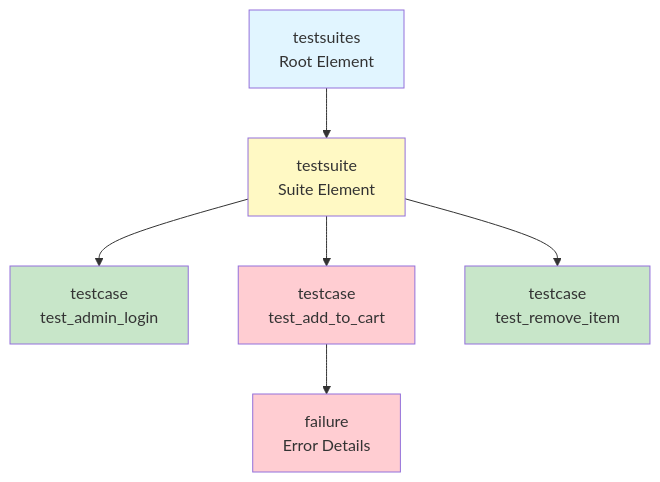
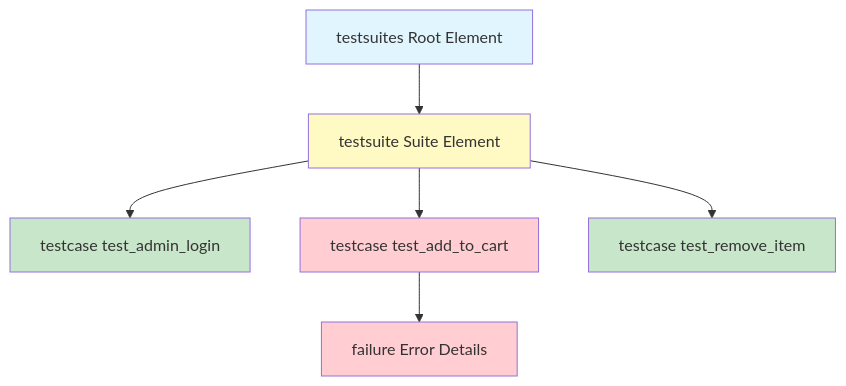
One commit to softwarewrighter/ui-test-rs changed the eighth of 14 diagrams in wiki/Reporter.md. Above: the diagram before and after it, drawn with Mermaid. The commit also changed other lines of this file and 10 other files, not shown here.

First line of the commit message:
Fix wiki Mermaid diagrams: remove <br/> tags

````diff
--- a/wiki/Reporter.md
+++ b/wiki/Reporter.md
@@ -380,25 +380,25 @@
 ```mermaid
 graph TB
-    TestSuites[testsuites<br/>Root Element]
-    TestSuite[testsuite<br/>Suite Element]
+    TestSuites[testsuites Root Element]
+    TestSuite[testsuite Suite Element]
 
-    TestCase1[testcase<br/>test_admin_login]
-    TestCase2[testcase<br/>test_add_to_cart]
-    TestCase3[testcase<br/>test_remove_item]
+    TestCase1[testcase test_admin_login]
+    TestCase2[testcase test_add_to_cart]
+    TestCase3[testcase test_remove_item]
 
-    Failure[failure<br/>Error Details]
+    Failure[failure Error Details]
 
     TestSuites --> TestSuite
     TestSuite --> TestCase1
     TestSuite --> TestCase2
     TestSuite --> TestCase3
 
     TestCase2 --> Failure
 
     style TestSuites fill:#e1f5ff
     style TestSuite fill:#fff9c4
     style TestCase1 fill:#c8e6c9
     style TestCase2 fill:#ffcdd2
     style TestCase3 fill:#c8e6c9
     style Failure fill:#ffcdd2
 ```
````
